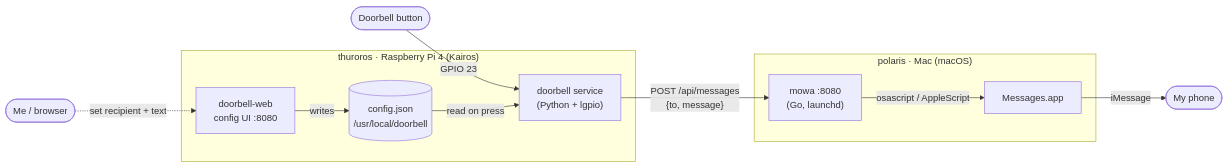
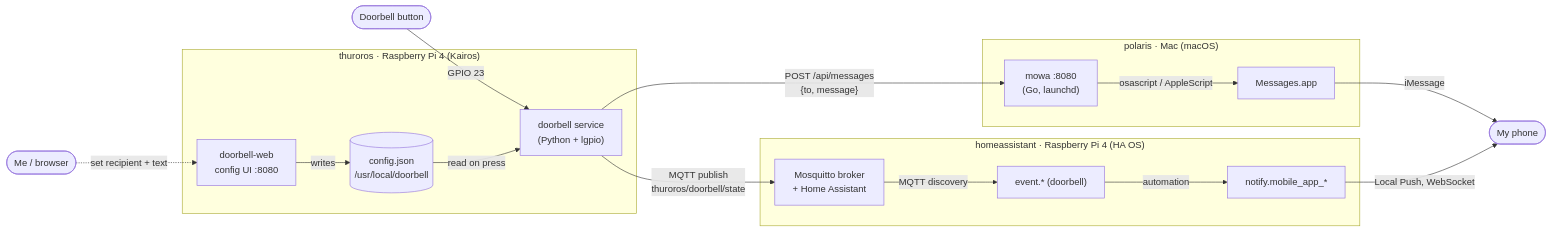
Before and after one commit to mauromorales/homelab: the diagram in nodes/thuroros/README.md, drawn with Mermaid. The commit also changed other lines of this file and 2 other files, not shown here.

First line of the commit message:
feat(thuroros): publish the doorbell to Home Assistant over MQTT

````diff
--- a/nodes/thuroros/README.md
+++ b/nodes/thuroros/README.md
@@ -11,23 +13,32 @@
 ```mermaid
 flowchart LR
     button([Doorbell button]) -->|GPIO 23| doorbell
     me([Me / browser]) -.->|set recipient + text| webui
 
     subgraph thuroros["thuroros · Raspberry Pi 4 (Kairos)"]
         doorbell["doorbell service<br/>(Python + lgpio)"]
         webui["doorbell-web<br/>config UI :8080"]
         config[("config.json<br/>/usr/local/doorbell")]
         webui -->|writes| config
         config -->|read on press| doorbell
     end
 
     doorbell -->|"POST /api/messages<br/>{to, message}"| mowa
+    doorbell -->|"MQTT publish<br/>thuroros/doorbell/state"| ha
 
     subgraph polaris["polaris · Mac (macOS)"]
         mowa["mowa :8080<br/>(Go, launchd)"]
         messages["Messages.app"]
         mowa -->|osascript / AppleScript| messages
     end
 
+    subgraph haHost["homeassistant · Raspberry Pi 4 (HA OS)"]
+        ha["Mosquitto broker<br/>+ Home Assistant"]
+        entity["event.* (doorbell)"]
+        ha -->|MQTT discovery| entity
+        entity -->|automation| push["notify.mobile_app_*"]
+    end
+
     messages -->|iMessage| phone([My phone])
+    push -->|Local Push, WebSocket| phone
 ```
````
